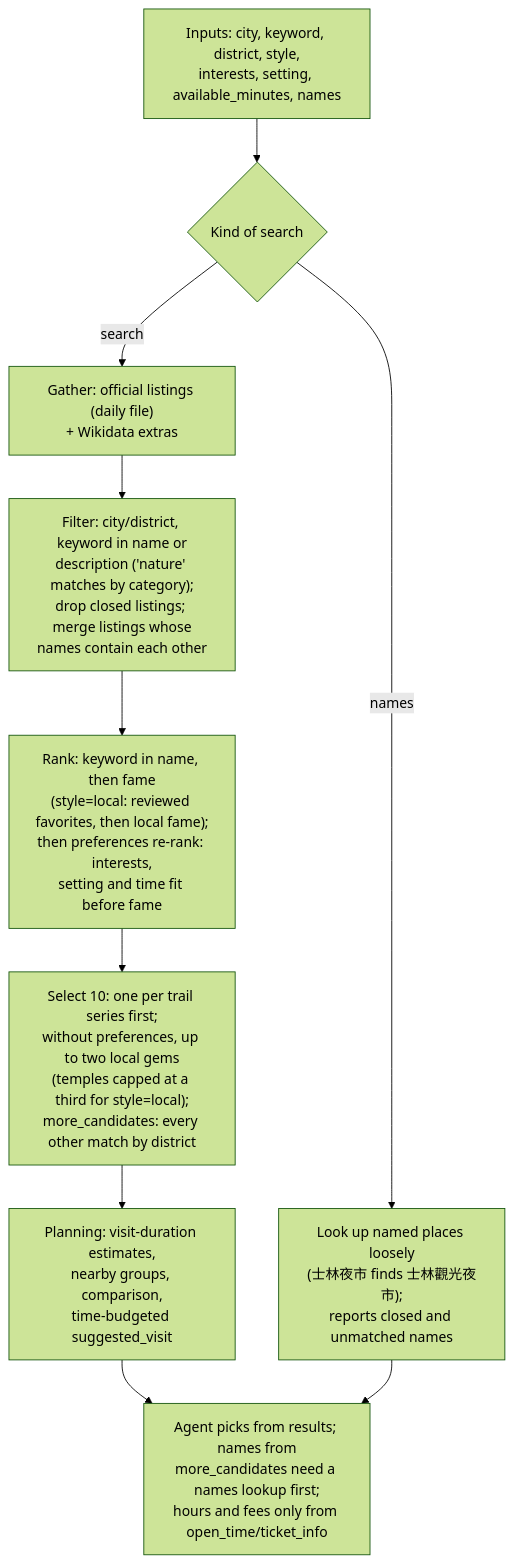
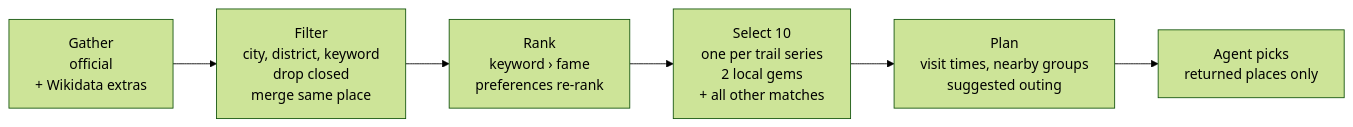
Before and after one commit to Joshuahuang55/AgenticAI_project1_TaiwanTrip: the fourth of 4 diagrams in docs/DESIGN.md, drawn with Mermaid (forest theme). The commit also changed other lines of this file, not shown here.

First line of the commit message:
Tighten the agent design and tool sections of the design notes

````diff
--- a/docs/DESIGN.md
+++ b/docs/DESIGN.md
@@ -309,12 +305,8 @@
 ```mermaid
-flowchart TD
-    I["Inputs: city, keyword, district, style,<br/>interests, setting, available_minutes, names"] --> K{Kind of search}
-    K -->|names| D["Look up named places loosely<br/>(士林夜市 finds 士林觀光夜市);<br/>reports closed and unmatched names"]
-    K -->|search| S["Gather: official listings (daily file)<br/>+ Wikidata extras"]
-    S --> F["Filter: city/district, keyword in name or<br/>description ('nature' matches by category);<br/>drop closed listings; merge listings whose<br/>names contain each other"]
-    F --> R["Rank: keyword in name, then fame<br/>(style=local: reviewed favorites, then local fame);<br/>then preferences re-rank: interests,<br/>setting and time fit before fame"]
-    R --> SEL["Select 10: one per trail series first;<br/>without preferences, up to two local gems<br/>(temples capped at a third for style=local);<br/>more_candidates: every other match by district"]
-    SEL --> PL["Planning: visit-duration estimates,<br/>nearby groups, comparison,<br/>time-budgeted suggested_visit"]
-    PL --> LLM["Agent picks from results; names from<br/>more_candidates need a names lookup first;<br/>hours and fees only from open_time/ticket_info"]
-    D --> LLM
+flowchart LR
+    G["Gather<br/>official<br/>+ Wikidata extras"] --> F["Filter<br/>city, district, keyword<br/>drop closed<br/>merge same place"]
+    F --> R["Rank<br/>keyword › fame<br/>preferences re-rank"]
+    R --> S["Select 10<br/>one per trail series<br/>2 local gems<br/>+ all other matches"]
+    S --> PL["Plan<br/>visit times, nearby groups<br/>suggested outing"]
+    PL --> A["Agent picks<br/>returned places only"]
 ```
````
